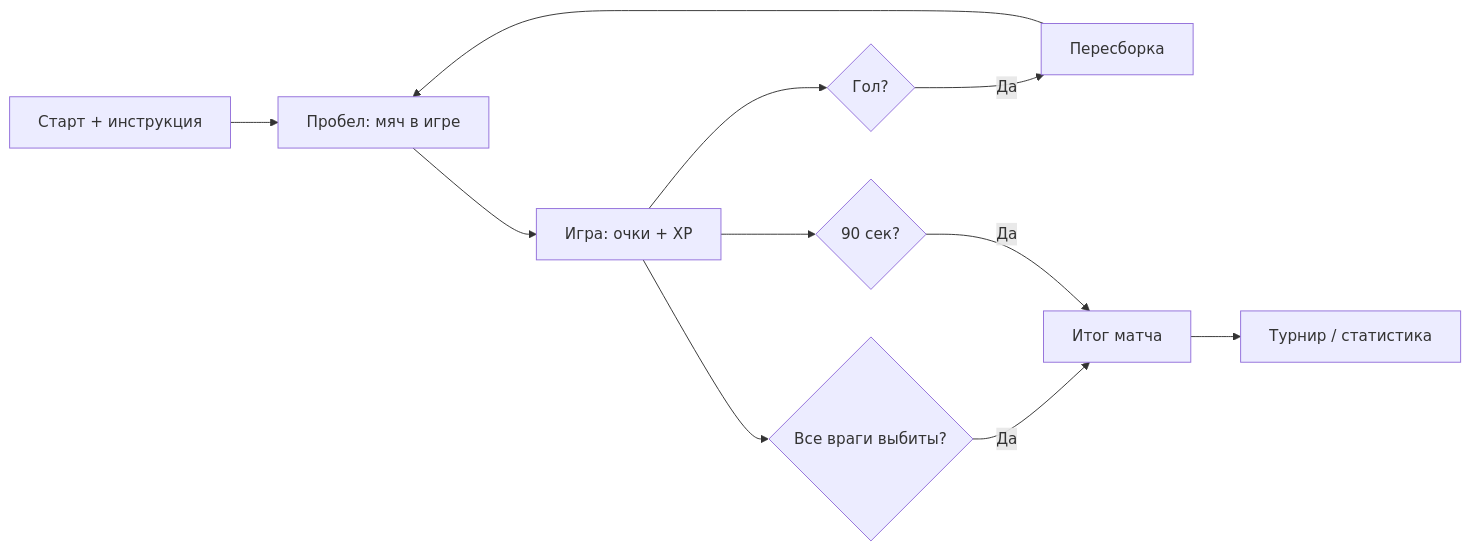
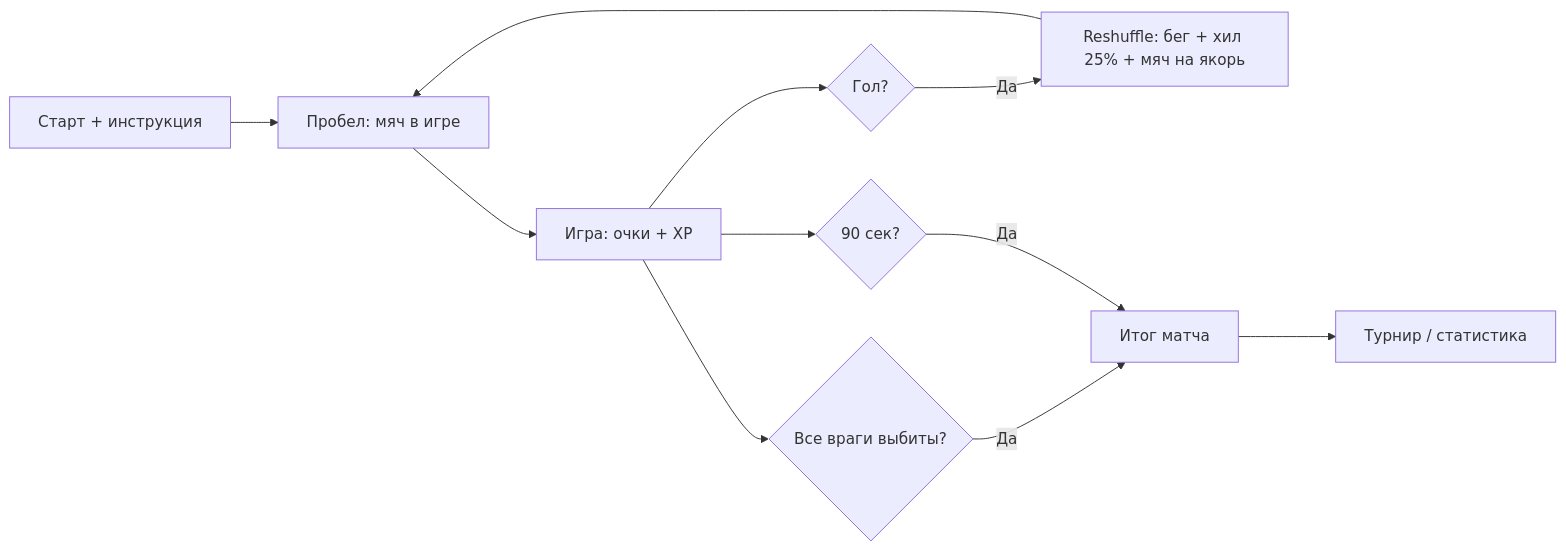
One commit to DeployChef/Futboloid changed the diagram in Wiki/FutboloidWiki/GDD/02 Игровой цикл.md. Above: the diagram before and after it, drawn with Mermaid. The commit also changed other lines of this file and 7 other files, not shown here.

````diff
--- a/Wiki/FutboloidWiki/GDD/02 Игровой цикл.md
+++ b/Wiki/FutboloidWiki/GDD/02 Игровой цикл.md
@@ -70,13 +75,13 @@
 ```mermaid
 flowchart LR
     A[Старт + инструкция] --> B[Пробел: мяч в игре]
     B --> C[Игра: очки + XP]
     C --> D{Гол?}
-    D -->|Да| E[Пересборка]
+    D -->|Да| E[Reshuffle: бег + хил 25% + мяч на якорь]
     E --> B
     C --> F{90 сек?}
     C --> W{Все враги выбиты?}
     W -->|Да| G[Итог матча]
     F -->|Да| G
     G --> H[Турнир / статистика]
 ```
````
